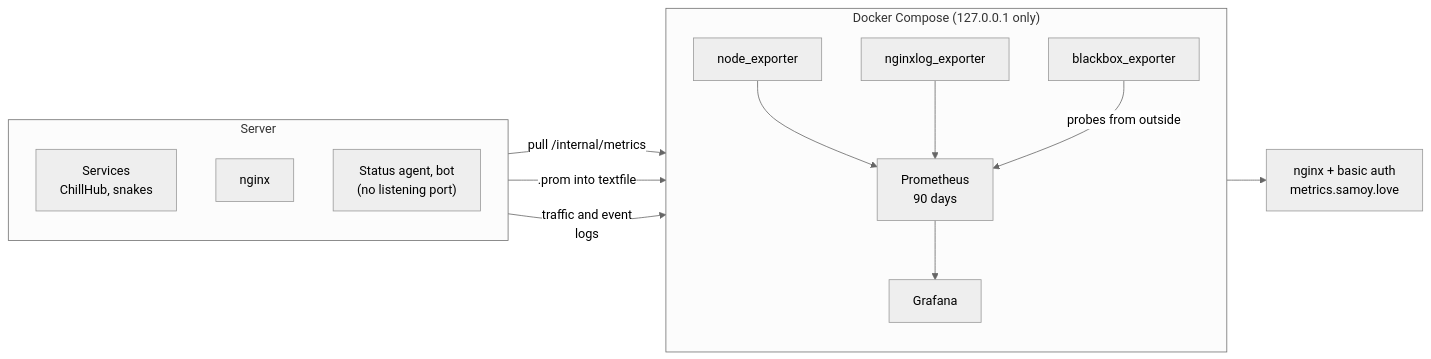
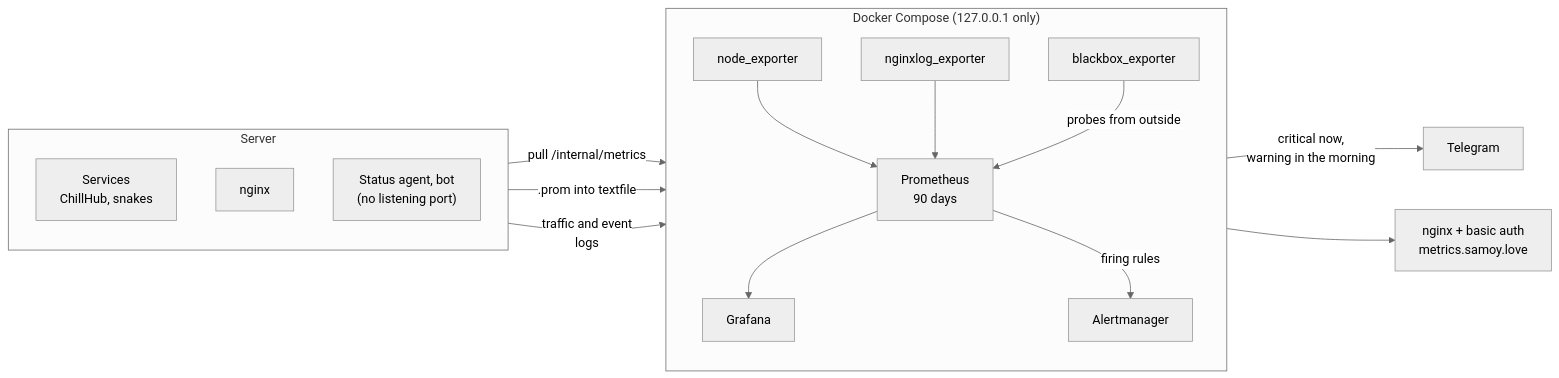
The diagram in README.en.md (samoy-love/metrics.samoy.love), drawn with Mermaid (neutral theme) before and after one commit. The commit also changed other lines of this file and 11 other files, not shown here.

````diff
--- a/README.en.md
+++ b/README.en.md
@@ -48,27 +48,30 @@
 ```mermaid
 flowchart LR
     subgraph host["Server"]
         direction TB
         svc["Services<br/>ChillHub, snakes"]
         nginx["nginx"]
         timer["Status agent, bot<br/>(no listening port)"]
     end
 
     subgraph compose["Docker Compose (127.0.0.1 only)"]
         direction TB
         node["node_exporter"]
         nglog["nginxlog_exporter"]
         bb["blackbox_exporter"]
         prom["Prometheus<br/>90 days"]
         graf["Grafana"]
+        am["Alertmanager"]
     end
 
     svc -->|"pull /internal/metrics"| prom
     timer -->|".prom into textfile"| node
     nginx -->|"traffic and event<br/>logs"| nglog
     node --> prom
     nglog --> prom
     bb -->|"probes from outside"| prom
     prom --> graf
+    prom -->|"firing rules"| am
+    am -->|"critical now,<br/>warning in the morning"| tg["Telegram"]
     graf --> gate["nginx + basic auth<br/>metrics.samoy.love"]
 ```
````
